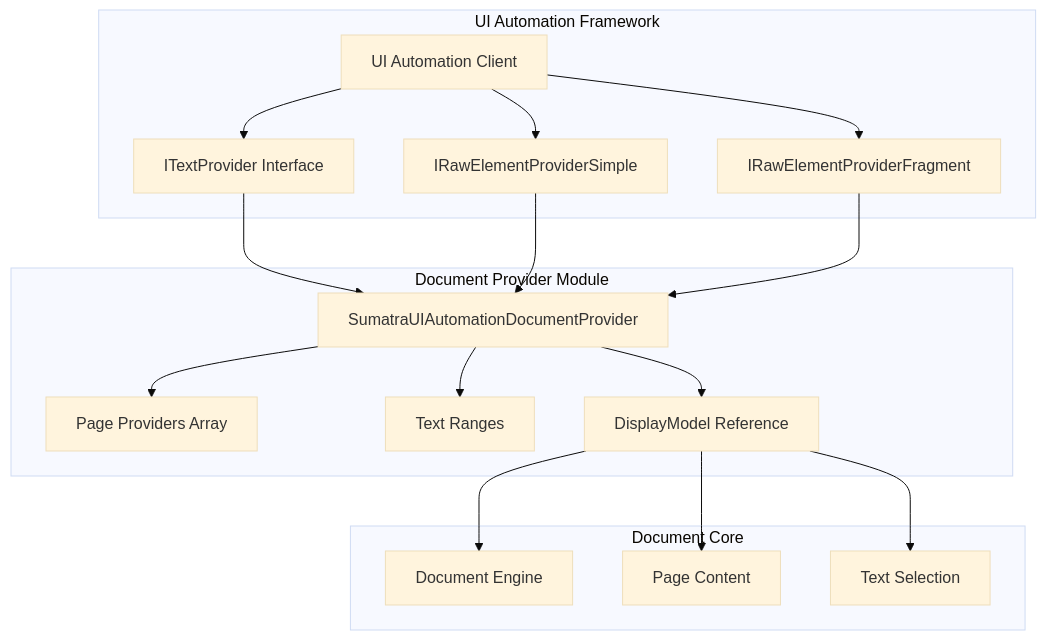
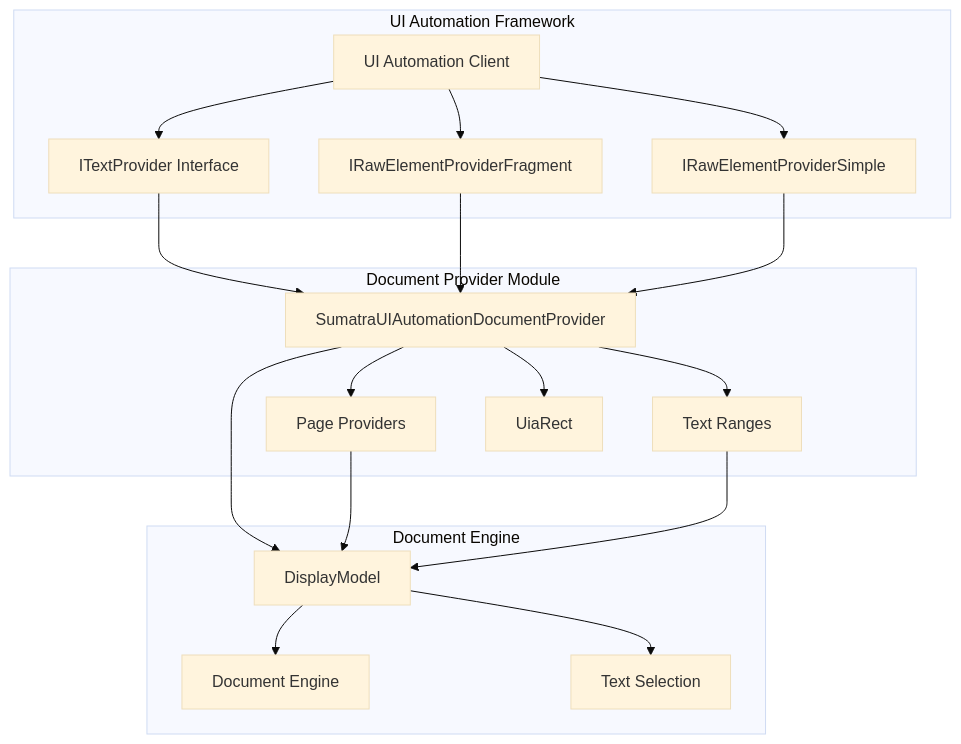
Before and after one commit to FSoft-AI4Code/codewiki-demo: the first of 6 diagrams in docs/sumatrapdfreader--sumatrapdf-docs/document_provider.md, drawn with Mermaid (base theme). The commit also changed other lines of this file and 1103 other files, not shown here.

````diff
--- a/docs/sumatrapdfreader--sumatrapdf-docs/document_provider.md
+++ b/docs/sumatrapdfreader--sumatrapdf-docs/document_provider.md
@@ -11,38 +11,41 @@
 ```mermaid
 graph TB
     subgraph "UI Automation Framework"
         UIA[UI Automation Client]
-        ITextProvider[ITextProvider Interface]
-        IRawElementProvider[IRawElementProviderSimple]
-        IRawElementProviderFragment[IRawElementProviderFragment]
+        ITP[ITextProvider Interface]
+        IREPF[IRawElementProviderFragment]
+        IREPS[IRawElementProviderSimple]
     end
     
     subgraph "Document Provider Module"
         DP[SumatraUIAutomationDocumentProvider]
-        PP[Page Providers Array]
+        PP[Page Providers]
         TR[Text Ranges]
-        DM[DisplayModel Reference]
+        UR[UiaRect]
     end
     
-    subgraph "Document Core"
-        Engine[Document Engine]
-        Pages[Page Content]
-        TextSel[Text Selection]
+    subgraph "Document Engine"
+        DM[DisplayModel]
+        DE[Document Engine]
+        TS[Text Selection]
     end
     
-    UIA --> ITextProvider
-    UIA --> IRawElementProvider
-    UIA --> IRawElementProviderFragment
+    UIA --> ITP
+    UIA --> IREPF
+    UIA --> IREPS
     
-    ITextProvider --> DP
-    IRawElementProvider --> DP
-    IRawElementProviderFragment --> DP
+    ITP --> DP
+    IREPF --> DP
+    IREPS --> DP
     
     DP --> PP
     DP --> TR
+    DP --> UR
+    
     DP --> DM
+    DM --> DE
+    DM --> TS
     
-    DM --> Engine
-    DM --> Pages
-    DM --> TextSel
+    PP --> DM
+    TR --> DM
 ```
````
